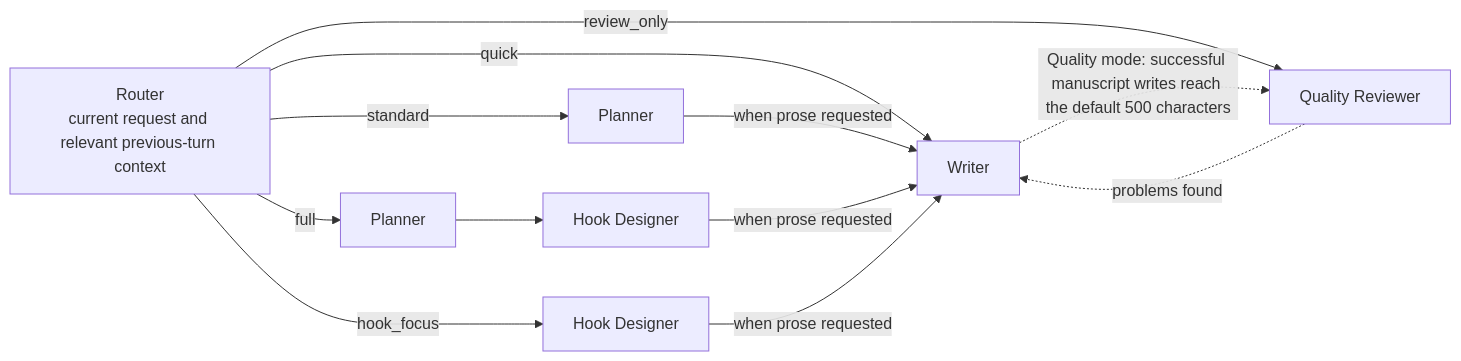
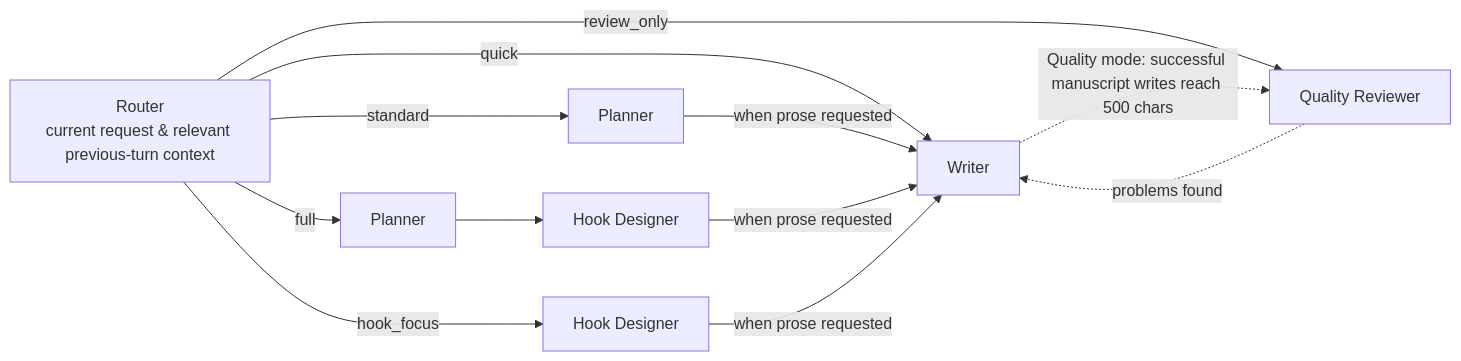
The diagram in README_EN.md (zenstory-ai/zenstory), drawn with Mermaid before and after one commit. The commit also changed other lines of this file and 3 other files, not shown here.

````diff
--- a/README_EN.md
+++ b/README_EN.md
@@ -66,10 +148,10 @@
 ```mermaid
 flowchart LR
-    R["Router<br/>current request and relevant previous-turn context"] -->|quick| W["Writer"]
+    R["Router<br/>current request & relevant previous-turn context"] -->|quick| W["Writer"]
     R -->|standard| P["Planner"] -->|when prose requested| W
     R -->|full| P2["Planner"] --> H["Hook Designer"] -->|when prose requested| W
     R -->|hook_focus| H2["Hook Designer"] -->|when prose requested| W
     R -->|review_only| Q["Quality Reviewer"]
-    W -. Quality mode: successful manuscript writes reach the default 500 characters .-> Q
+    W -. Quality mode: successful manuscript writes reach 500 chars .-> Q
     Q -. problems found .-> W
 ```
````
